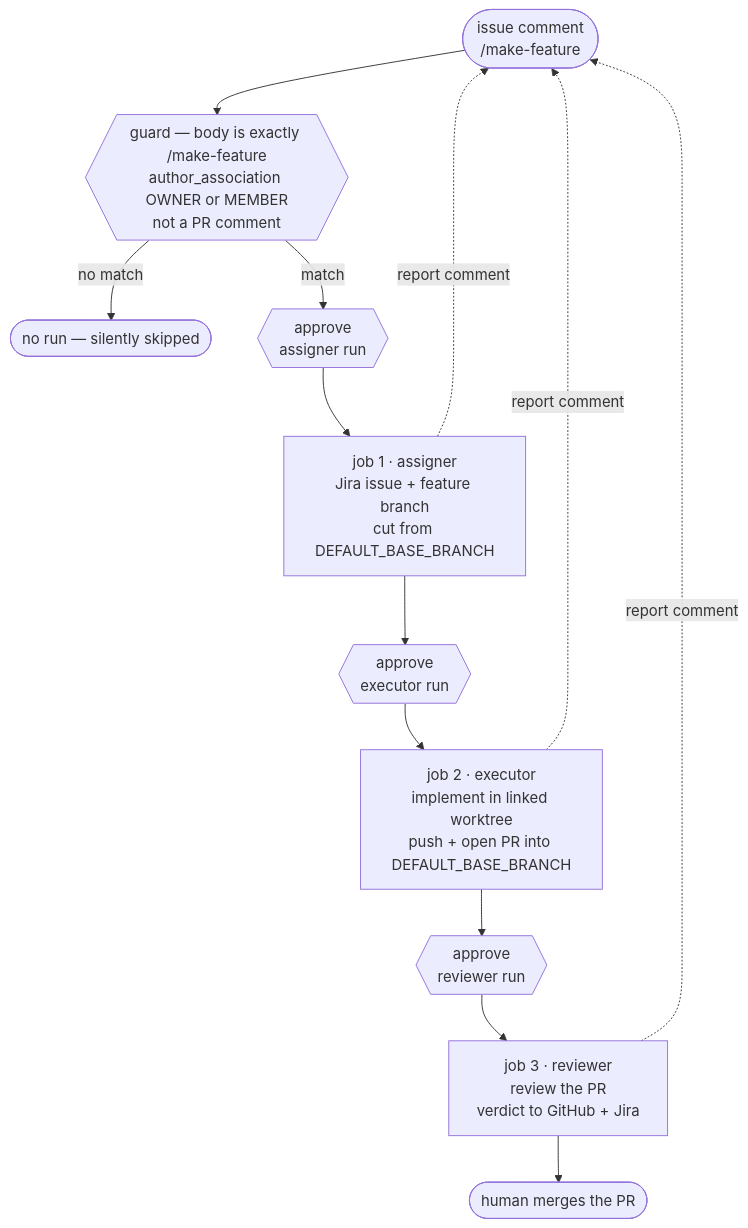
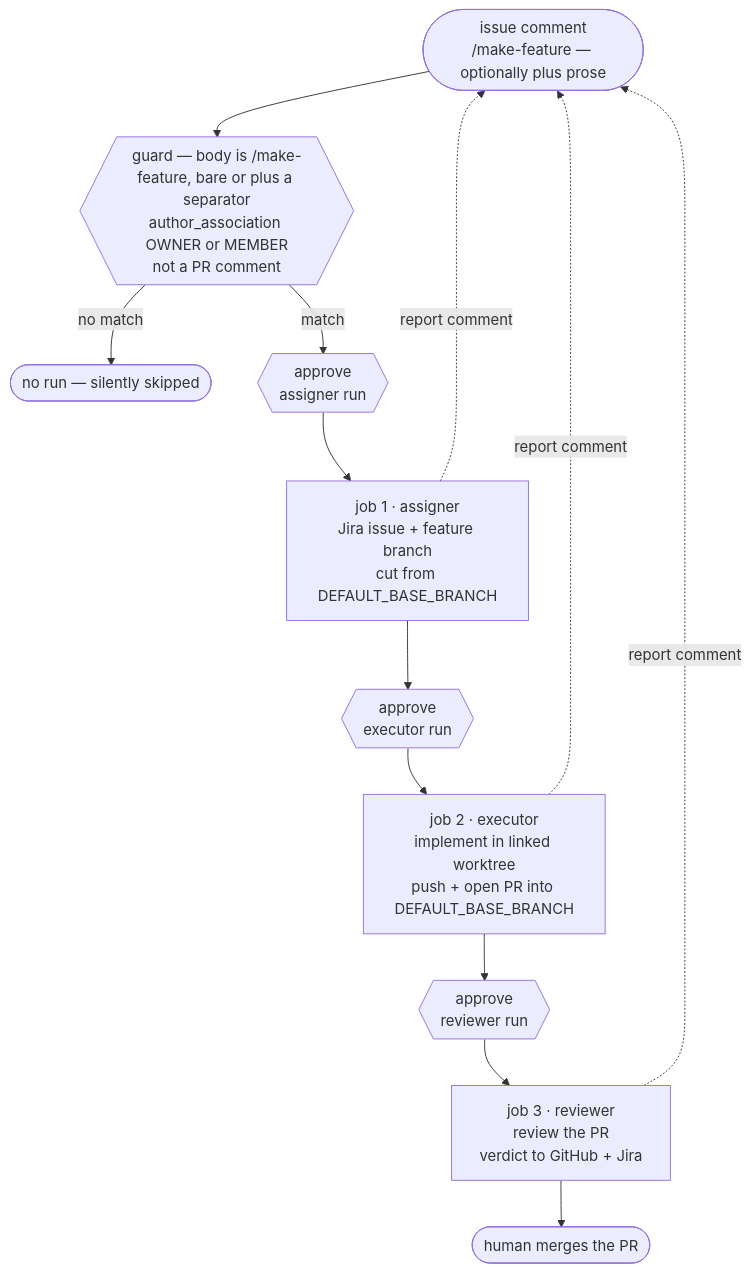
Before and after one commit to kantorv/jira-sdlc-tools: the diagram in plugins/jira-sdlc/docs/applications/ci-feature-flow-demo.md, drawn with Mermaid. The commit also changed other lines of this file and 8 other files, not shown here.

First line of the commit message:
JST-212 demo workflows: accept prose after the trigger comment and pass it to the skill

````diff
--- a/plugins/jira-sdlc/docs/applications/ci-feature-flow-demo.md
+++ b/plugins/jira-sdlc/docs/applications/ci-feature-flow-demo.md
@@ -43,15 +43,15 @@
 ```mermaid
 flowchart TB
-    C([issue comment<br>/make-feature]) --> GA{{"guard — body is exactly /make-feature<br>author_association OWNER or MEMBER<br>not a PR comment"}}
+    C([issue comment<br>/make-feature — optionally plus prose]) --> GA{{"guard — body is /make-feature, bare or plus a separator<br>author_association OWNER or MEMBER<br>not a PR comment"}}
     GA -->|no match| X([no run — silently skipped])
     GA -->|match| G1{{"approve<br>assigner run"}}
     G1 --> J1["job 1 · assigner<br>Jira issue + feature branch<br>cut from DEFAULT_BASE_BRANCH"]
     J1 --> G2{{"approve<br>executor run"}}
     G2 --> J2["job 2 · executor<br>implement in linked worktree<br>push + open PR into DEFAULT_BASE_BRANCH"]
     J2 --> G3{{"approve<br>reviewer run"}}
     G3 --> J3["job 3 · reviewer<br>review the PR<br>verdict to GitHub + Jira"]
     J3 --> H([human merges the PR])
     J1 -.->|report comment| C
     J2 -.->|report comment| C
     J3 -.->|report comment| C
 ```
````
